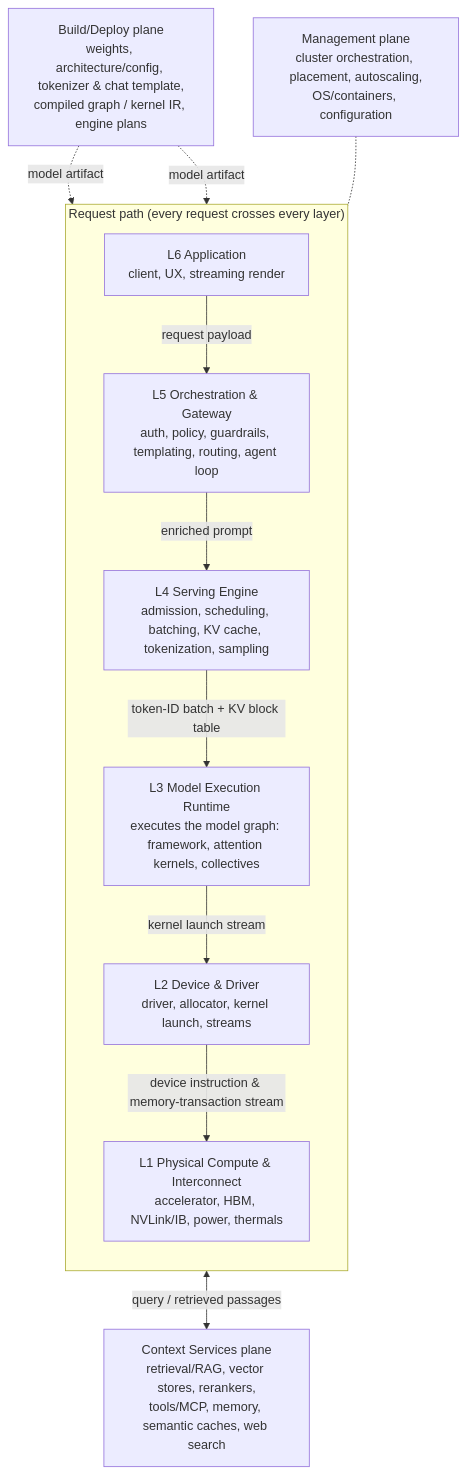
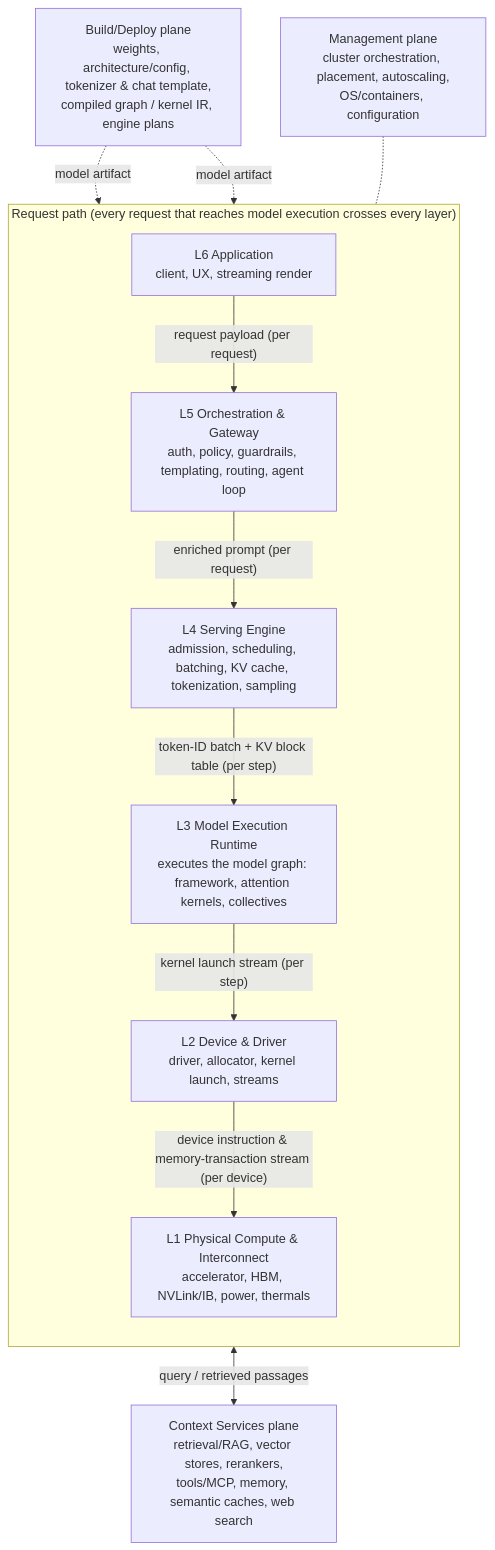
The diagram in assets/dairm-overview.mmd (CodingThrill0012/aosi-model), drawn with Mermaid before and after one commit. The commit also changed 18 other files, not shown here.

```diff
--- a/assets/dairm-overview.mmd
+++ b/assets/dairm-overview.mmd
@@ -1,23 +1,23 @@
 %% DAIRM v2.0.0 overview (source for the README figure). CC-BY-4.0, (c) 2026 Divyendu Bhatt.
 flowchart TB
-    subgraph RP["Request path (every request crosses every layer)"]
+    subgraph RP["Request path (every request that reaches model execution crosses every layer)"]
         direction TB
         L6["L6 Application<br/>client, UX, streaming render"]
         L5["L5 Orchestration & Gateway<br/>auth, policy, guardrails, templating, routing, agent loop"]
         L4["L4 Serving Engine<br/>admission, scheduling, batching, KV cache, tokenization, sampling"]
         L3["L3 Model Execution Runtime<br/>executes the model graph: framework, attention kernels, collectives"]
         L2["L2 Device & Driver<br/>driver, allocator, kernel launch, streams"]
         L1["L1 Physical Compute & Interconnect<br/>accelerator, HBM, NVLink/IB, power, thermals"]
-        L6 -->|"request payload"| L5
-        L5 -->|"enriched prompt"| L4
-        L4 -->|"token-ID batch + KV block table"| L3
-        L3 -->|"kernel launch stream"| L2
-        L2 -->|"device instruction & memory-transaction stream"| L1
+        L6 -->|"request payload (per request)"| L5
+        L5 -->|"enriched prompt (per request)"| L4
+        L4 -->|"token-ID batch + KV block table (per step)"| L3
+        L3 -->|"kernel launch stream (per step)"| L2
+        L2 -->|"device instruction & memory-transaction stream (per device)"| L1
     end
     CTX["Context Services plane<br/>retrieval/RAG, vector stores, rerankers,<br/>tools/MCP, memory, semantic caches, web search"]
     BUILD["Build/Deploy plane<br/>weights, architecture/config, tokenizer & chat template,<br/>compiled graph / kernel IR, engine plans"]
     MGMT["Management plane<br/>cluster orchestration, placement, autoscaling,<br/>OS/containers, configuration"]
     L5 <-->|"query / retrieved passages"| CTX
     BUILD -.->|"model artifact"| L4
     BUILD -.->|"model artifact"| L3
     MGMT -.- RP
```
